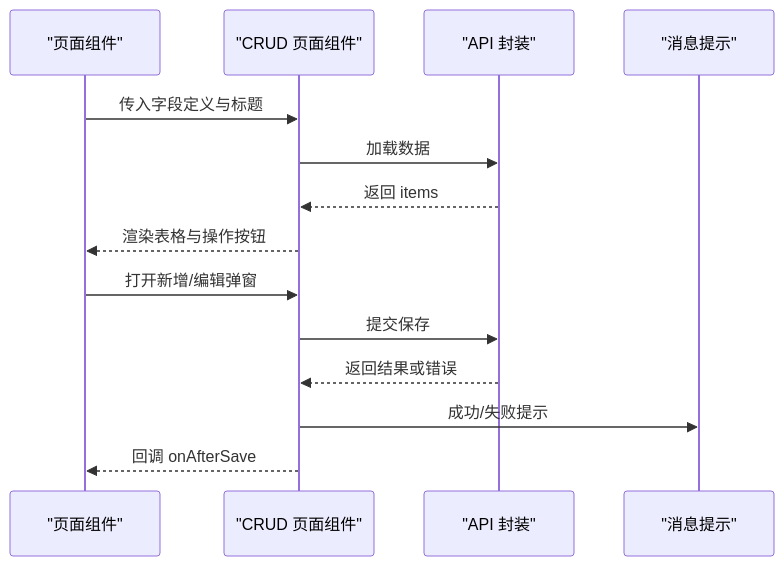
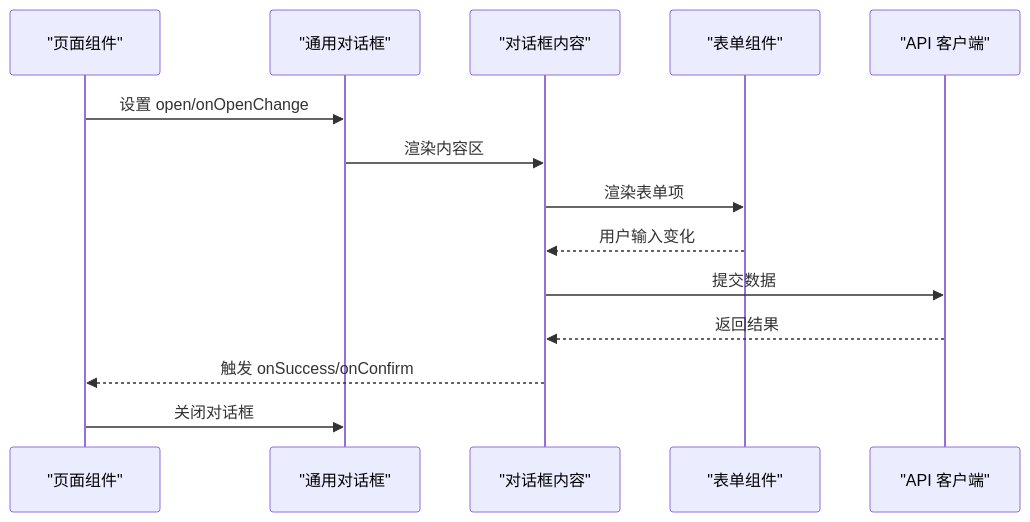
The sixth of 9 diagrams in docs/前端管理界面/组件设计模式/组件设计模式.md (x01n/My-OpenWaf), drawn with Mermaid before and after one commit. The commit also changed other lines of this file and 199 other files, not shown here.

````diff
--- a/docs/前端管理界面/组件设计模式/组件设计模式.md
+++ b/docs/前端管理界面/组件设计模式/组件设计模式.md
@@ -138,16 +298,16 @@
 ```mermaid
 sequenceDiagram
 participant Page as "页面组件"
-participant CRUD as "CRUD 页面组件"
-participant API as "API 封装"
-participant Toast as "消息提示"
-Page->>CRUD : 传入字段定义与标题
-CRUD->>API : 加载数据
-API-->>CRUD : 返回 items
-CRUD-->>Page : 渲染表格与操作按钮
-Page->>CRUD : 打开新增/编辑弹窗
-CRUD->>API : 提交保存
-API-->>CRUD : 返回结果或错误
-CRUD->>Toast : 成功/失败提示
-CRUD-->>Page : 回调 onAfterSave
+participant Dialog as "通用对话框"
+participant Content as "对话框内容"
+participant Form as "表单组件"
+participant API as "API 客户端"
+Page->>Dialog : 设置 open/onOpenChange
+Dialog->>Content : 渲染内容区
+Content->>Form : 渲染表单项
+Form-->>Content : 用户输入变化
+Content->>API : 提交数据
+API-->>Content : 返回结果
+Content-->>Page : 触发 onSuccess/onConfirm
+Page->>Dialog : 关闭对话框
 ```
````
